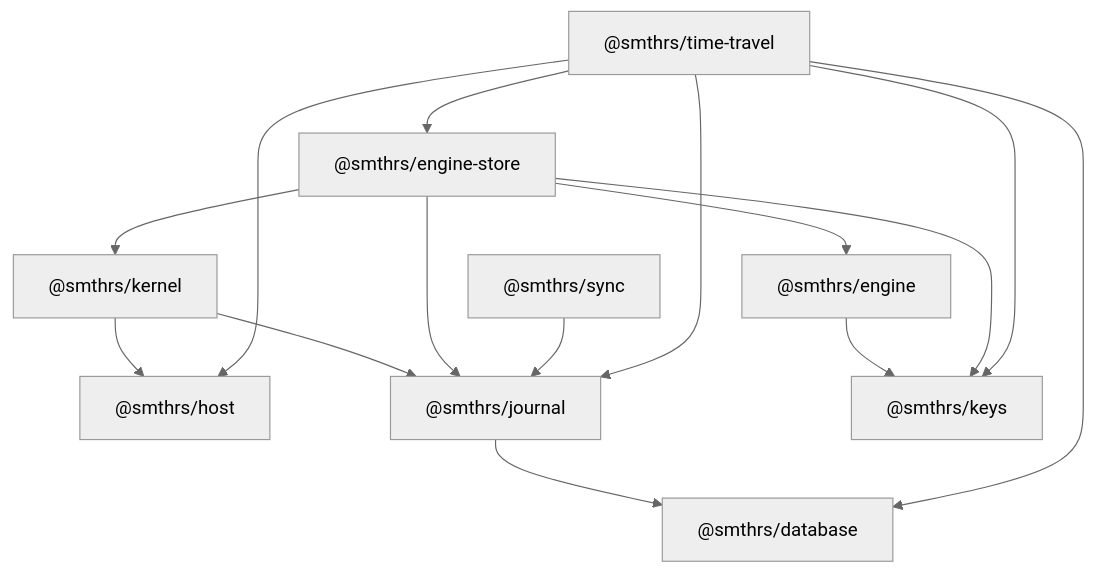
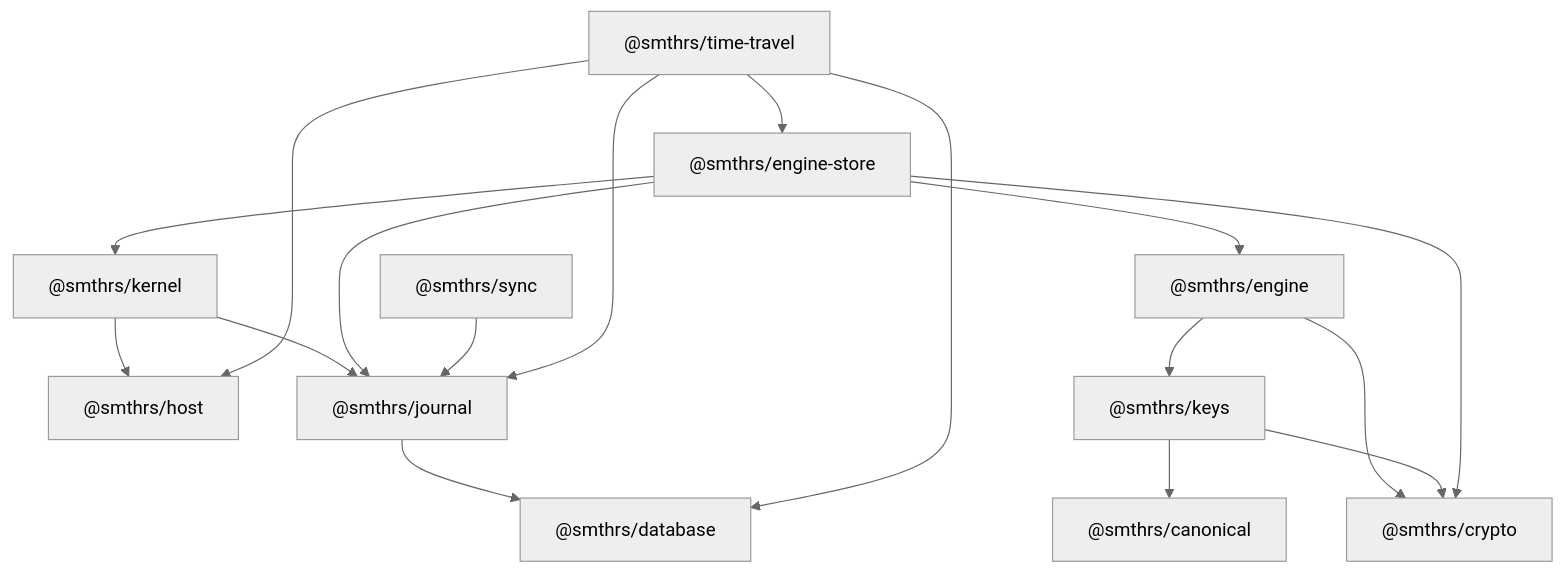
The diagram in docs/architecture/package-map.md (smithersai/flows), drawn with Mermaid (neutral theme) before and after one commit. The commit also changed other lines of this file and 44 other files, not shown here.

````diff
--- a/docs/architecture/package-map.md
+++ b/docs/architecture/package-map.md
@@ -7,20 +7,24 @@
 ```mermaid
 flowchart TD
   H["@smthrs/host"]
   D["@smthrs/database"]
+  C["@smthrs/canonical"]
+  Crypto["@smthrs/crypto"]
 
   J["@smthrs/journal"] --> D
   K["@smthrs/kernel"] --> H
   K --> J
   W["@smthrs/engine"] --> Keys["@smthrs/keys"]
+  W --> Crypto
+  Keys --> C
+  Keys --> Crypto
   E["@smthrs/engine-store"] --> W
-  E --> Keys
+  E --> Crypto
   E --> J
   E --> K
   S["@smthrs/sync"] --> J
   T["@smthrs/time-travel"] --> D
   T --> E
   T --> H
   T --> J
-  T --> Keys
 ```
````
